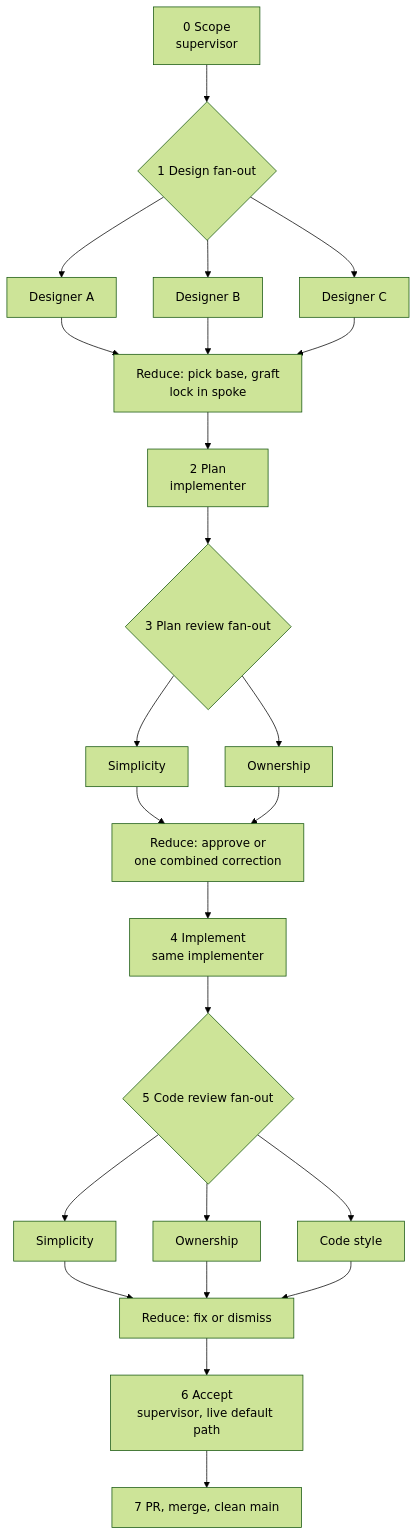
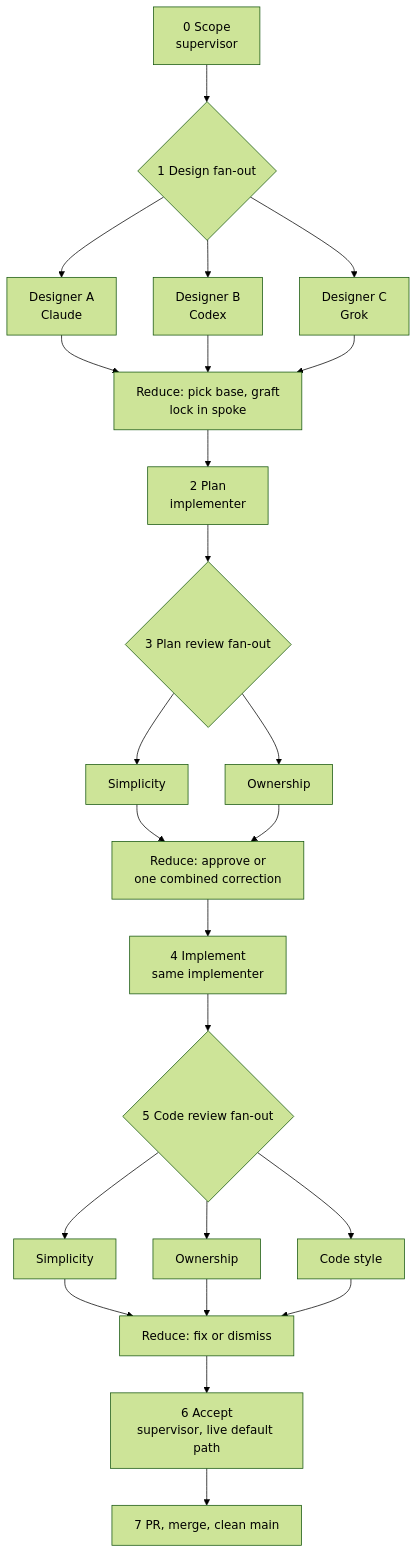
One commit to katasec/mission-control-language changed the diagram in docs/design/supervisor-workflow.md. Above: the diagram before and after it, drawn with Mermaid (forest theme). The commit also changed other lines of this file, not shown here.

Commit message:
docs: one designer per model (Claude, Codex, Grok)

````diff
--- a/docs/design/supervisor-workflow.md
+++ b/docs/design/supervisor-workflow.md
@@ -10,21 +10,21 @@
 ```mermaid
 flowchart TD
     S0[0 Scope<br/>supervisor] --> D{1 Design fan-out}
-    D --> DA[Designer A]
-    D --> DB[Designer B]
-    D --> DC[Designer C]
+    D --> DA[Designer A<br/>Claude]
+    D --> DB[Designer B<br/>Codex]
+    D --> DC[Designer C<br/>Grok]
     DA & DB & DC --> R1[Reduce: pick base, graft<br/>lock in spoke]
     R1 --> P[2 Plan<br/>implementer]
     P --> PR{3 Plan review fan-out}
     PR --> PS[Simplicity]
     PR --> PO[Ownership]
     PS & PO --> R2[Reduce: approve or<br/>one combined correction]
     R2 --> I[4 Implement<br/>same implementer]
     I --> CR{5 Code review fan-out}
     CR --> CS[Simplicity]
     CR --> CO[Ownership]
     CR --> CY[Code style]
     CS & CO & CY --> R3[Reduce: fix or dismiss]
     R3 --> A[6 Accept<br/>supervisor, live default path]
     A --> M[7 PR, merge, clean main]
 ```
````
